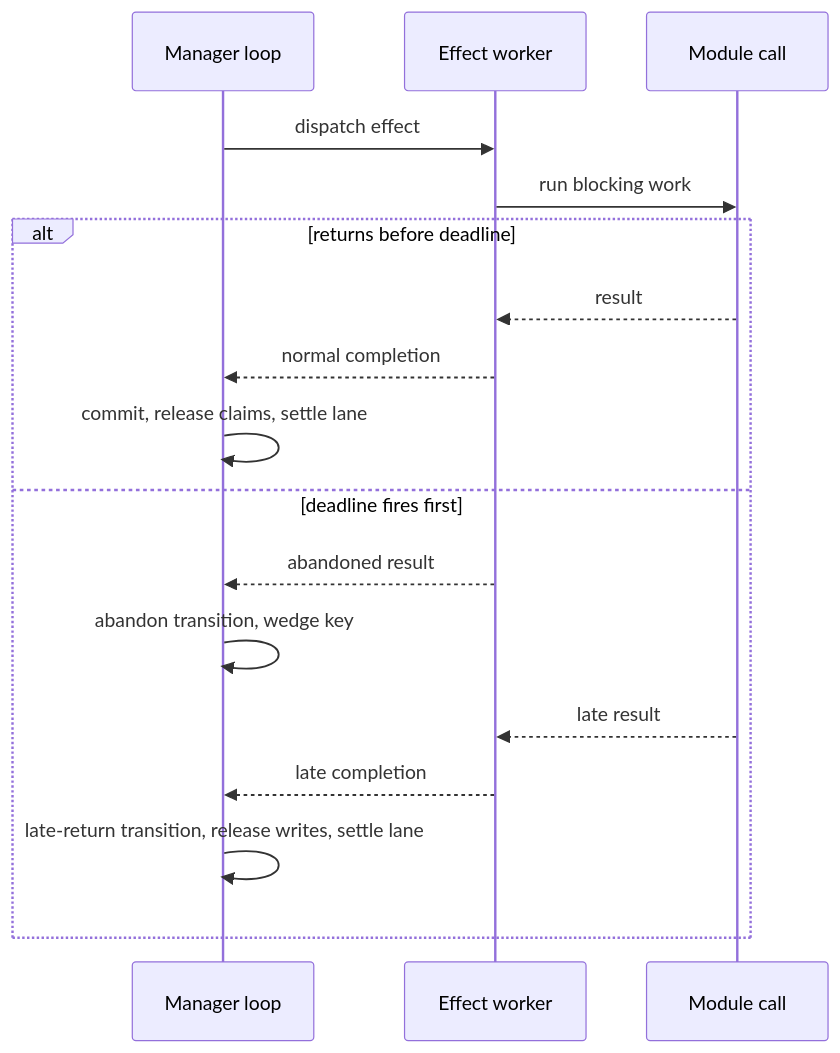
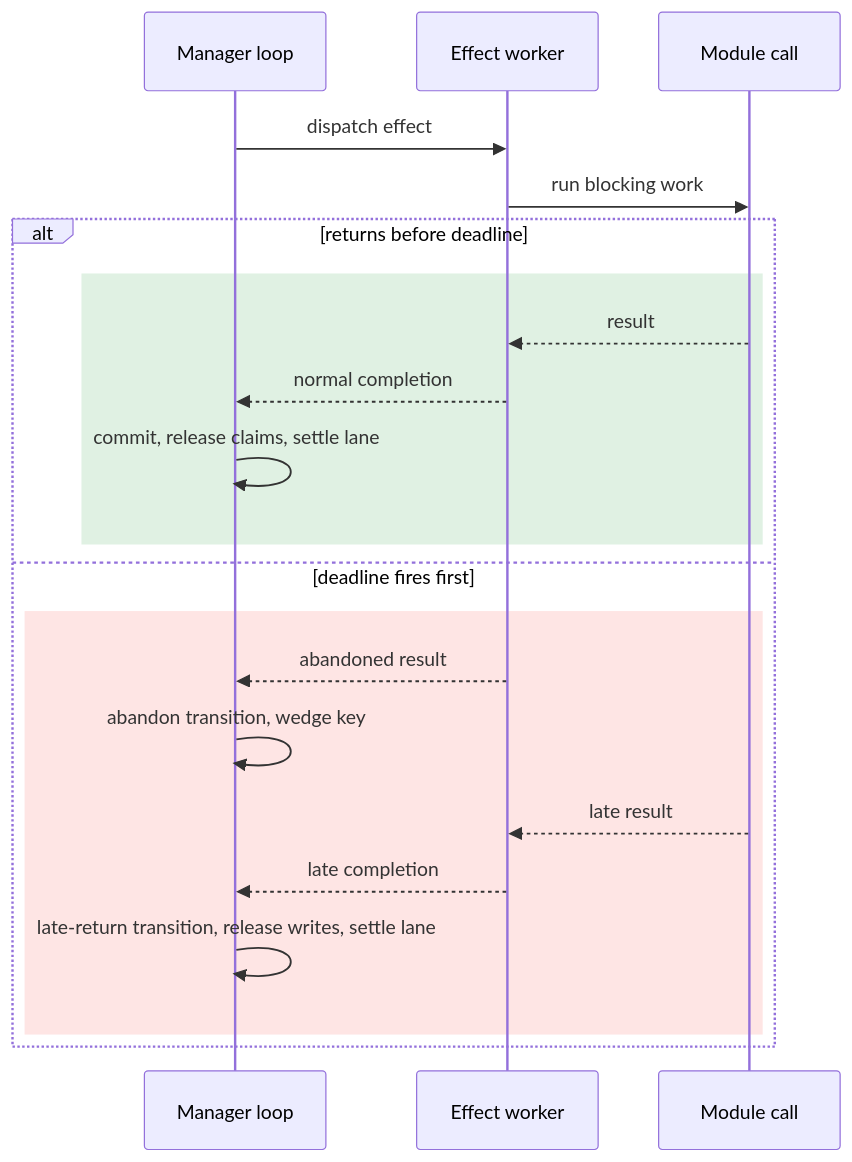
Before and after one commit to netdata/netdata: the fifth of 5 diagrams in src/go/plugin/agent/jobmgr/ARCHITECTURE.md, drawn with Mermaid. The commit also changed other lines of this file and 2 other files, not shown here.

````diff
--- a/src/go/plugin/agent/jobmgr/ARCHITECTURE.md
+++ b/src/go/plugin/agent/jobmgr/ARCHITECTURE.md
@@ -408,20 +354,24 @@
 ```mermaid
 sequenceDiagram
     participant L as Manager loop
     participant E as Effect worker
     participant M as Module call
 
     L->>E: dispatch effect
     E->>M: run blocking work
     alt returns before deadline
+        rect rgba(46, 160, 67, 0.15)
         M-->>E: result
         E-->>L: normal completion
         L->>L: commit, release claims, settle lane
+        end
     else deadline fires first
+        rect rgba(248, 81, 73, 0.15)
         E-->>L: abandoned result
         L->>L: abandon transition, wedge key
         M-->>E: late result
         E-->>L: late completion
         L->>L: late-return transition, release writes, settle lane
+        end
     end
 ```
````
